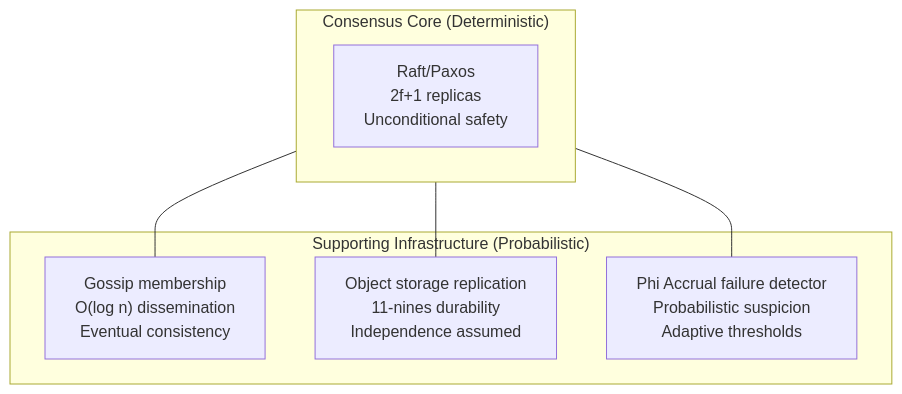
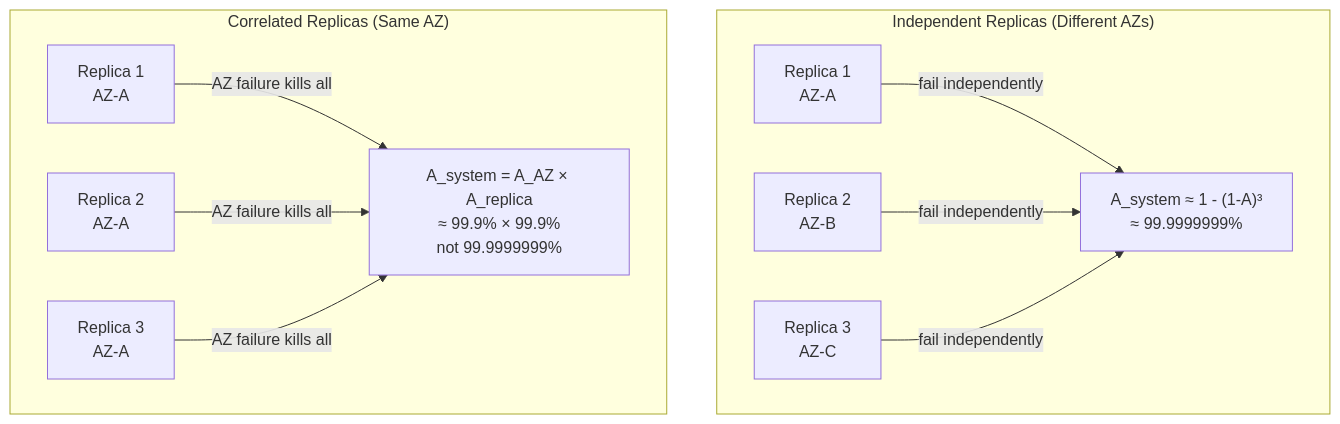
Before and after one commit to gorkemsari/distributed-systems: the third of 5 diagrams in src/content/docs/en/foundations/system-models/deterministic-vs-probabilistic.mdx, drawn with Mermaid. The commit also changed other lines of this file and 5 other files, not shown here.

````diff
--- a/src/content/docs/en/foundations/system-models/deterministic-vs-probabilistic.mdx
+++ b/src/content/docs/en/foundations/system-models/deterministic-vs-probabilistic.mdx
@@ -197,14 +203,15 @@
 ```mermaid
 flowchart TD
-    subgraph Core["Consensus Core (Deterministic)"]
-        R["Raft/Paxos\n2f+1 replicas\nUnconditional safety"]
+    subgraph Independent["Independent Replicas (Different AZs)"]
+        R1A["Replica 1\nAZ-A"]
+        R2B["Replica 2\nAZ-B"]
+        R3C["Replica 3\nAZ-C"]
+        R1A & R2B & R3C -->|"fail independently"| Sys1["A_system ≈ 1 - (1-A)³\n≈ 99.9999999%"]
     end
-    subgraph Infra["Supporting Infrastructure (Probabilistic)"]
-        G["Gossip membership\nO(log n) dissemination\nEventual consistency"]
-        S["Object storage replication\n11-nines durability\nIndependence assumed"]
-        FD["Phi Accrual failure detector\nProbabilistic suspicion\nAdaptive thresholds"]
+    subgraph Correlated["Correlated Replicas (Same AZ)"]
+        R1["Replica 1\nAZ-A"]
+        R2["Replica 2\nAZ-A"]
+        R3["Replica 3\nAZ-A"]
+        R1 & R2 & R3 -->|"AZ failure kills all"| Sys2["A_system = A_AZ × A_replica\n≈ 99.9% × 99.9%\nnot 99.9999999%"]
     end
-    Core --- G
-    Core --- S
-    Core --- FD
 ```
````
